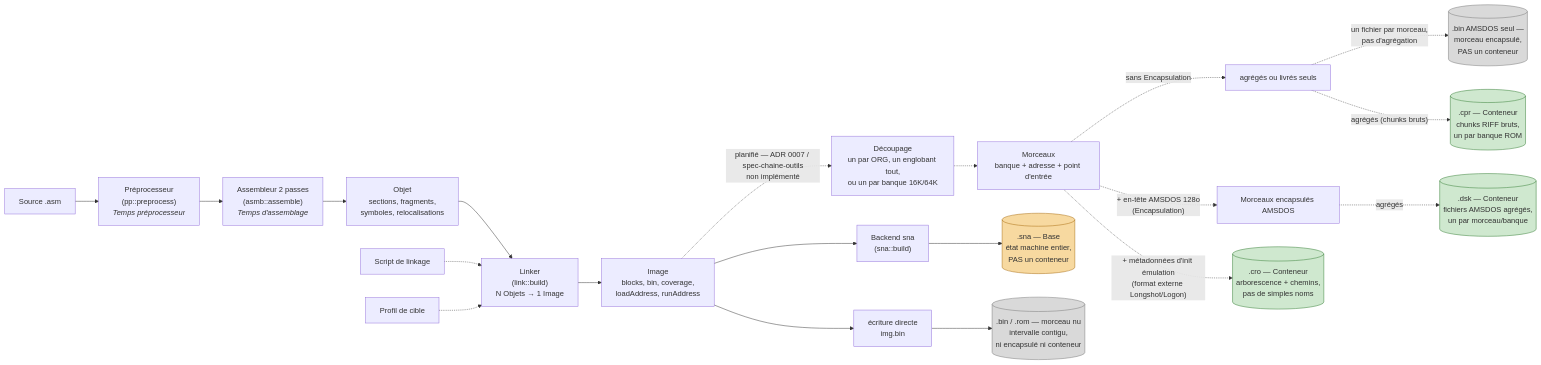
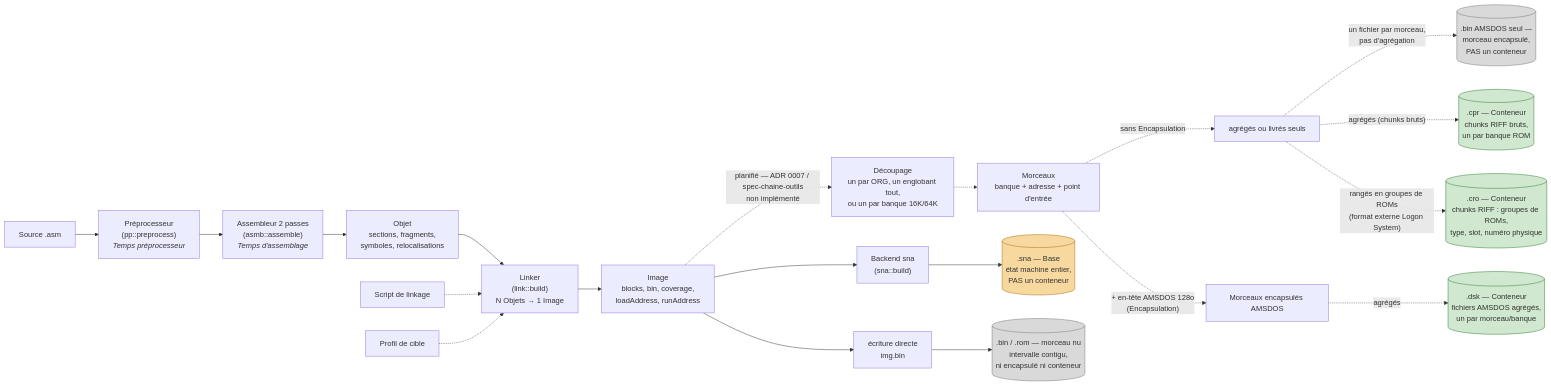
One commit to sikorama/fantams changed the diagram in README.md. Above: the diagram before and after it, drawn with Mermaid. The commit also changed other lines of this file and 19 other files, not shown here.

````diff
--- a/README.md
+++ b/README.md
@@ -380,34 +386,34 @@
 ```mermaid
 flowchart LR
   A["Source .asm"] --> PP["Préprocesseur<br/>(pp::preprocess)<br/><i>Temps préprocesseur</i>"]
   PP --> ASM["Assembleur 2 passes<br/>(asmb::assemble)<br/><i>Temps d'assemblage</i>"]
   ASM --> OBJ["Objet<br/>sections, fragments,<br/>symboles, relocalisations"]
 
   OBJ --> LNK["Linker<br/>(link::build)<br/>N Objets → 1 Image"]
   SCR["Script de linkage"] -.-> LNK
   PRF["Profil de cible"] -.-> LNK
   LNK --> IMG["Image<br/>blocks, bin, coverage,<br/>loadAddress, runAddress"]
 
   IMG --> SNA["Backend sna<br/>(sna::build)"]
   IMG --> RAW["écriture directe<br/>img.bin"]
   IMG -.->|"planifié — ADR 0007 / spec-chaine-outils<br/>non implémenté"| DEC["Découpage<br/>un par ORG, un englobant tout,<br/>ou un par banque 16K/64K"]
 
   DEC -.-> MOR["Morceaux<br/>banque + adresse + point d'entrée"]
   MOR -.->|"sans Encapsulation"| PKG_RAW["agrégés ou livrés seuls"]
   MOR -.->|"+ en-tête AMSDOS 128o<br/>(Encapsulation)"| MORENC["Morceaux encapsulés AMSDOS"]
 
   SNA --> OUT_SNA[(".sna — Base<br/>état machine entier,<br/>PAS un conteneur")]
   RAW --> OUT_BIN[(".bin / .rom — morceau nu<br/>intervalle contigu,<br/>ni encapsulé ni conteneur")]
   PKG_RAW -.->|"un fichier par morceau,<br/>pas d'agrégation"| OUT_AMSDOS_ALONE[(".bin AMSDOS seul —<br/>morceau encapsulé,<br/>PAS un conteneur")]
   PKG_RAW -.->|"agrégés (chunks bruts)"| OUT_CPR[(".cpr — Conteneur<br/>chunks RIFF bruts,<br/>un par banque ROM")]
   MORENC -.->|"agrégés"| OUT_DSK[(".dsk — Conteneur<br/>fichiers AMSDOS agrégés,<br/>un par morceau/banque")]
-  MOR -.->|"+ métadonnées d'init émulation<br/>(format externe Longshot/Logon)"| OUT_CRO[(".cro — Conteneur<br/>arborescence + chemins,<br/>pas de simples noms")]
+  PKG_RAW -.->|"rangés en groupes de ROMs<br/>(format externe Logon System)"| OUT_CRO[(".cro — Conteneur<br/>chunks RIFF : groupes de ROMs,<br/>type, slot, numéro physique")]
 
   classDef container fill:#cfe8cf,stroke:#2f7a2f;
   classDef base fill:#f7d9a0,stroke:#a5680a;
   classDef piece fill:#d9d9d9,stroke:#777;
 
   class OUT_CPR,OUT_DSK,OUT_CRO container;
   class OUT_SNA base;
   class OUT_BIN,OUT_AMSDOS_ALONE piece;
 ```
````
